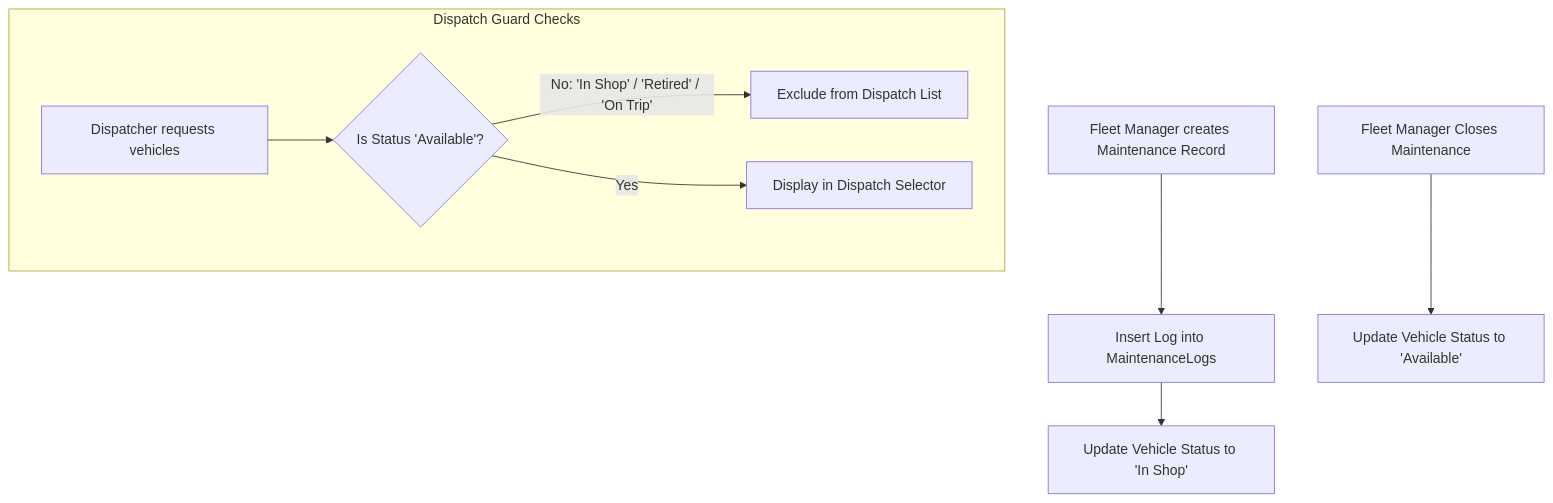
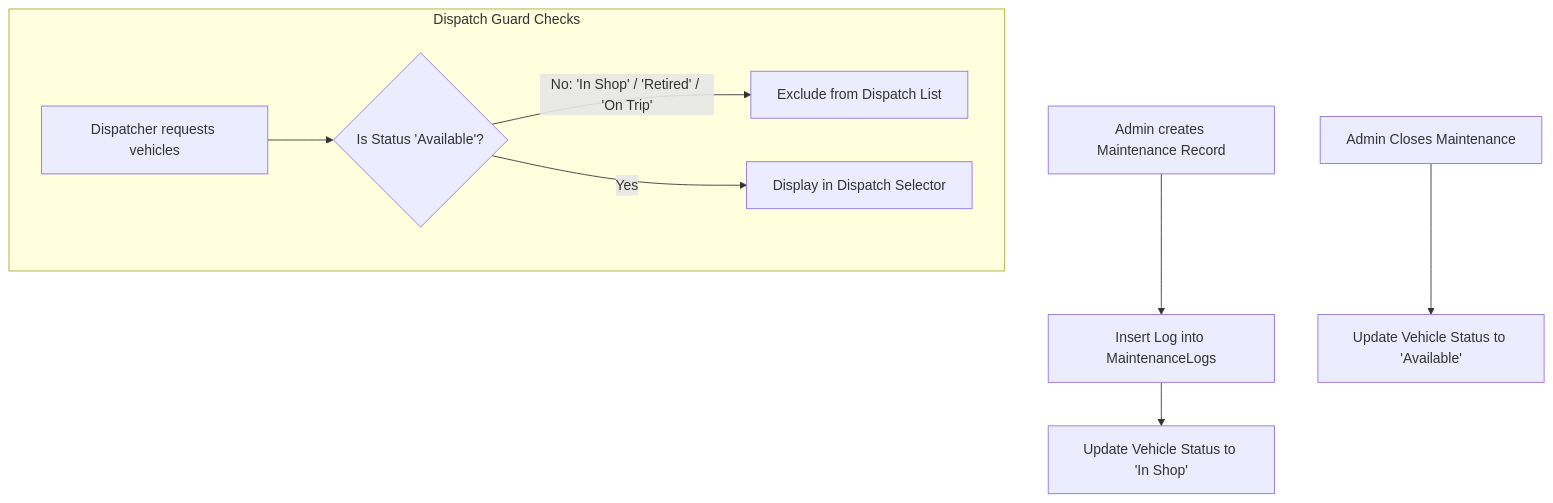
Before and after one commit to vrushti16/Hackathon: the second of 3 diagrams in README.md, drawn with Mermaid. The commit also changed other lines of this file and 9 other files, not shown here.

Commit message:
Remove Fleet Manager role completely from system, seed data, routes, frontend roles, and docs

````diff
--- a/README.md
+++ b/README.md
@@ -284,13 +284,13 @@
 ```mermaid
 graph TD
-    Start[Fleet Manager creates Maintenance Record] --> DB_Insert[Insert Log into MaintenanceLogs]
+    Start[Admin creates Maintenance Record] --> DB_Insert[Insert Log into MaintenanceLogs]
     DB_Insert --> Update_Vehicle[Update Vehicle Status to 'In Shop']
     
     subgraph Dispatch Guard Checks
         Query_V[Dispatcher requests vehicles] --> Check_Status{Is Status 'Available'?}
         Check_Status -->|No: 'In Shop' / 'Retired' / 'On Trip'| Exclude[Exclude from Dispatch List]
         Check_Status -->|Yes| Include[Display in Dispatch Selector]
     end
 
-    Close_M[Fleet Manager Closes Maintenance] --> Update_V_Avail[Update Vehicle Status to 'Available']
+    Close_M[Admin Closes Maintenance] --> Update_V_Avail[Update Vehicle Status to 'Available']
 ```
````
